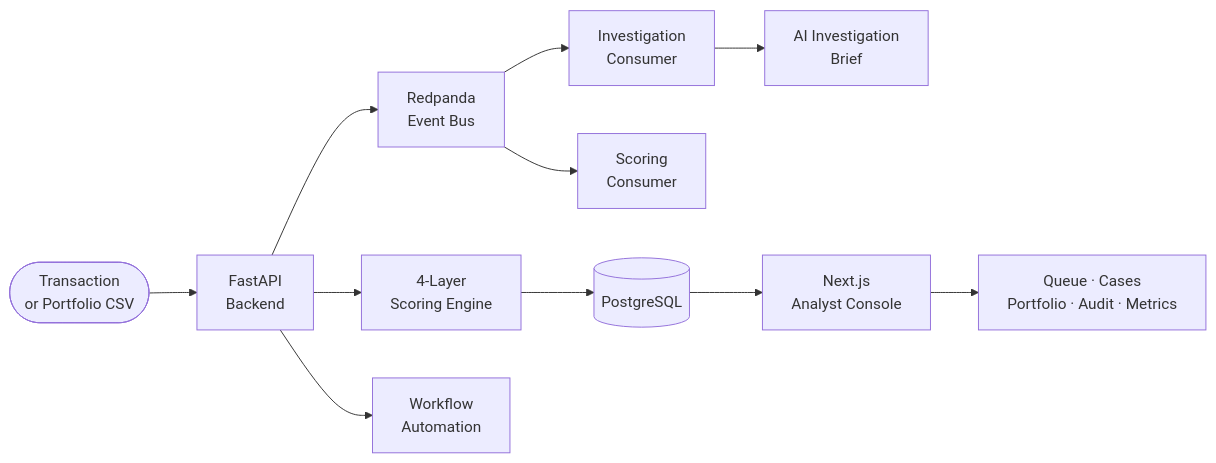
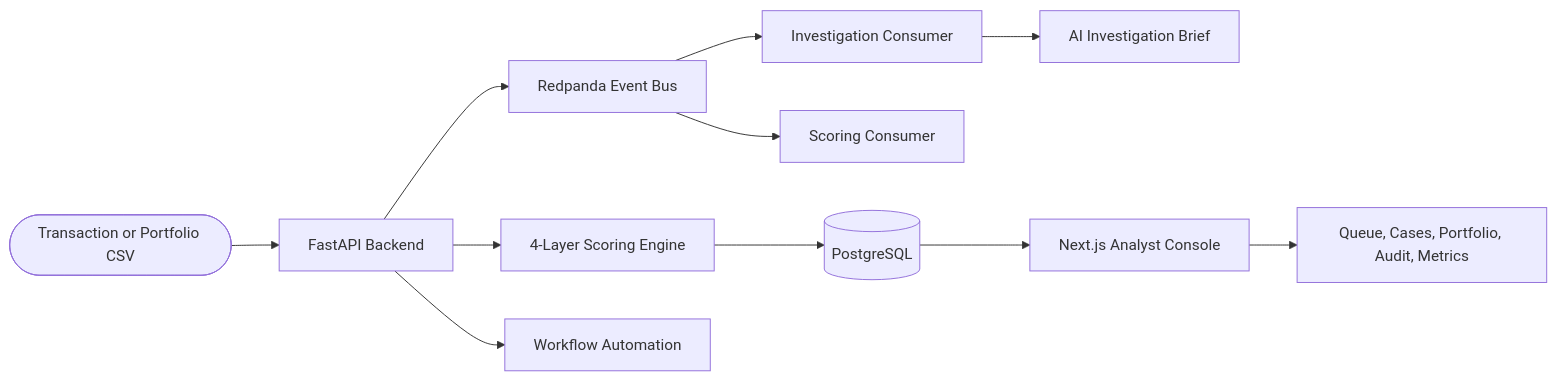
One commit to IjazKakkodDS/transaction-fraud-intelligence-console changed the first of 6 diagrams in README.md. Above: the diagram before and after it, drawn with Mermaid. The commit also changed other lines of this file and 3 other files, not shown here.

````diff
--- a/README.md
+++ b/README.md
@@ -86,13 +86,13 @@
 ```mermaid
 flowchart LR
-    A([Transaction\nor Portfolio CSV]) --> B[FastAPI\nBackend]
-    B --> C[4-Layer\nScoring Engine]
+    A(["Transaction or Portfolio CSV"]) --> B["FastAPI Backend"]
+    B --> C["4-Layer Scoring Engine"]
     C --> D[(PostgreSQL)]
-    B --> E[Redpanda\nEvent Bus]
-    E --> F[Scoring\nConsumer]
-    E --> G[Investigation\nConsumer]
-    G --> H[AI Investigation\nBrief]
-    B --> I[Workflow\nAutomation]
-    D --> J[Next.js\nAnalyst Console]
-    J --> K[Queue · Cases\nPortfolio · Audit · Metrics]
+    B --> E["Redpanda Event Bus"]
+    E --> F["Scoring Consumer"]
+    E --> G["Investigation Consumer"]
+    G --> H["AI Investigation Brief"]
+    B --> I["Workflow Automation"]
+    D --> J["Next.js Analyst Console"]
+    J --> K["Queue, Cases, Portfolio, Audit, Metrics"]
 ```
````
